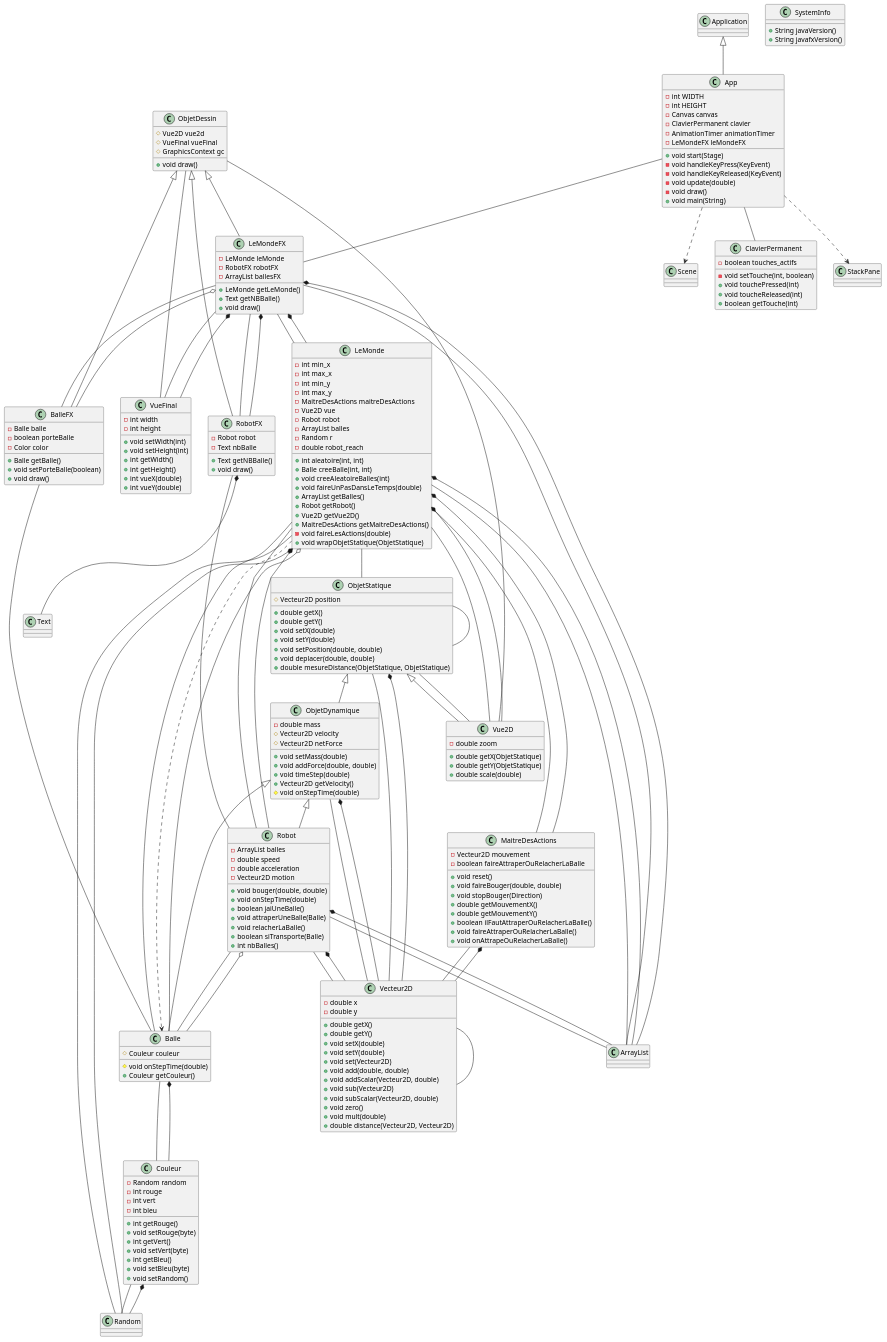
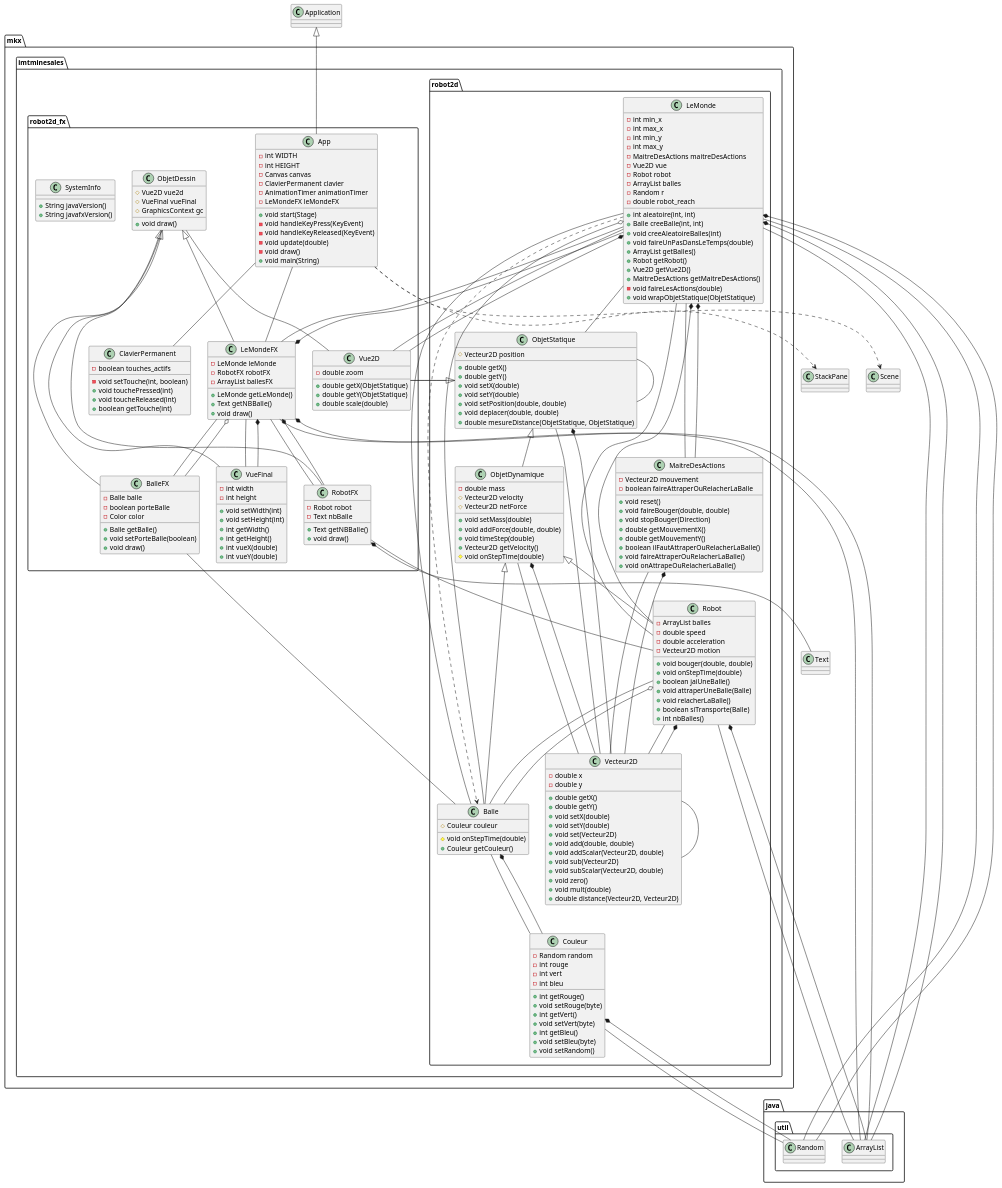
One commit to Numero7-Mojeangering/JavaUMLAnalyser changed the diagram in project_diagram.puml. Above: the diagram before and after it, drawn with PlantUML. The commit also changed 2 other files, not shown here.

```diff
--- a/project_diagram.puml
+++ b/project_diagram.puml
@@ -1,189 +1,197 @@
 @startuml
-class Balle {
- # Couleur couleur
- # void onStepTime(double)
- + Couleur getCouleur()
-}
-class Couleur {
- - Random random
- - int rouge
- - int vert
- - int bleu
- + int getRouge()
- + void setRouge(byte)
- + int getVert()
- + void setVert(byte)
- + int getBleu()
- + void setBleu(byte)
- + void setRandom()
-}
-class LeMonde {
- - int min_x
- - int max_x
- - int min_y
- - int max_y
- - MaitreDesActions maitreDesActions
- - Vue2D vue
- - Robot robot
- - ArrayList balles
- - Random r
- - double robot_reach
- + int aleatoire(int, int)
- + Balle creeBalle(int, int)
- + void creeAleatoireBalles(int)
- + void faireUnPasDansLeTemps(double)
- + ArrayList getBalles()
- + Robot getRobot()
- + Vue2D getVue2D()
- + MaitreDesActions getMaitreDesActions()
- - void faireLesActions(double)
- + void wrapObjetStatique(ObjetStatique)
-}
-class MaitreDesActions {
- - Vecteur2D mouvement
- - boolean faireAttraperOuRelacherLaBalle
- + void reset()
- + void faireBouger(double, double)
- + void stopBouger(Direction)
- + double getMouvementX()
- + double getMouvementY()
- + boolean ilFautAttraperOuRelacherLaBalle()
- + void faireAttraperOuRelacherLaBalle()
- + void onAttrapeOuRelacherLaBalle()
-}
-class ObjetDynamique {
- - double mass
- # Vecteur2D velocity
- # Vecteur2D netForce
- + void setMass(double)
- + void addForce(double, double)
- + void timeStep(double)
- + Vecteur2D getVelocity()
- # void onStepTime(double)
-}
-class ObjetStatique {
- # Vecteur2D position
- + double getX()
- + double getY()
- + void setX(double)
- + void setY(double)
- + void setPosition(double, double)
- + void deplacer(double, double)
- + double mesureDistance(ObjetStatique, ObjetStatique)
-}
-class Robot {
- - ArrayList balles
- - double speed
- - double acceleration
- - Vecteur2D motion
- + void bouger(double, double)
- + void onStepTime(double)
- + boolean jaiUneBalle()
- + void attraperUneBalle(Balle)
- + void relacherLaBalle()
- + boolean siTransporte(Balle)
- + int nbBalles()
-}
-class Vecteur2D {
- - double x
- - double y
- + double getX()
- + double getY()
- + void setX(double)
- + void setY(double)
- + void set(Vecteur2D)
- + void add(double, double)
- + void addScalar(Vecteur2D, double)
- + void sub(Vecteur2D)
- + void subScalar(Vecteur2D, double)
- + void zero()
- + void mult(double)
- + double distance(Vecteur2D, Vecteur2D)
-}
-class ArrayList {
-}
-class Random {
-}
-class Vue2D {
- - double zoom
- + double getX(ObjetStatique)
- + double getY(ObjetStatique)
- + double scale(double)
-}
-class App {
- - int WIDTH
- - int HEIGHT
- - Canvas canvas
- - ClavierPermanent clavier
- - AnimationTimer animationTimer
- - LeMondeFX leMondeFX
- + void start(Stage)
- - void handleKeyPress(KeyEvent)
- - void handleKeyReleased(KeyEvent)
- - void update(double)
- - void draw()
- + void main(String)
-}
-class BalleFX {
- - Balle balle
- - boolean porteBalle
- - Color color
- + Balle getBalle()
- + void setPorteBalle(boolean)
- + void draw()
-}
-class ClavierPermanent {
- - boolean touches_actifs
- - void setTouche(int, boolean)
- + void touchePressed(int)
- + void toucheReleased(int)
- + boolean getTouche(int)
-}
-class LeMondeFX {
- - LeMonde leMonde
- - RobotFX robotFX
- - ArrayList ballesFX
- + LeMonde getLeMonde()
- + Text getNBBalle()
- + void draw()
-}
-class ObjetDessin {
- # Vue2D vue2d
- # VueFinal vueFinal
- # GraphicsContext gc
- + void draw()
-}
-class RobotFX {
- - Robot robot
- - Text nbBalle
- + Text getNBBalle()
- + void draw()
-}
-class SystemInfo {
- + String javaVersion()
- + String javafxVersion()
-}
-class VueFinal {
- - int width
- - int height
- + void setWidth(int)
- + void setHeight(int)
- + int getWidth()
- + int getHeight()
- + int vueX(double)
- + int vueY(double)
-}
+package mkx.imtminesales.robot2d {
+ class Balle {
+  # Couleur couleur
+  # void onStepTime(double)
+  + Couleur getCouleur()
+ }
+ class Couleur {
+  - Random random
+  - int rouge
+  - int vert
+  - int bleu
+  + int getRouge()
+  + void setRouge(byte)
+  + int getVert()
+  + void setVert(byte)
+  + int getBleu()
+  + void setBleu(byte)
+  + void setRandom()
+ }
+ class LeMonde {
+  - int min_x
+  - int max_x
+  - int min_y
+  - int max_y
+  - MaitreDesActions maitreDesActions
+  - Vue2D vue
+  - Robot robot
+  - ArrayList balles
+  - Random r
+  - double robot_reach
+  + int aleatoire(int, int)
+  + Balle creeBalle(int, int)
+  + void creeAleatoireBalles(int)
+  + void faireUnPasDansLeTemps(double)
+  + ArrayList getBalles()
+  + Robot getRobot()
+  + Vue2D getVue2D()
+  + MaitreDesActions getMaitreDesActions()
+  - void faireLesActions(double)
+  + void wrapObjetStatique(ObjetStatique)
+ }
+ class MaitreDesActions {
+  - Vecteur2D mouvement
+  - boolean faireAttraperOuRelacherLaBalle
+  + void reset()
+  + void faireBouger(double, double)
+  + void stopBouger(Direction)
+  + double getMouvementX()
+  + double getMouvementY()
+  + boolean ilFautAttraperOuRelacherLaBalle()
+  + void faireAttraperOuRelacherLaBalle()
+  + void onAttrapeOuRelacherLaBalle()
+ }
+ class ObjetDynamique {
+  - double mass
+  # Vecteur2D velocity
+  # Vecteur2D netForce
+  + void setMass(double)
+  + void addForce(double, double)
+  + void timeStep(double)
+  + Vecteur2D getVelocity()
+  # void onStepTime(double)
+ }
+ class ObjetStatique {
+  # Vecteur2D position
+  + double getX()
+  + double getY()
+  + void setX(double)
+  + void setY(double)
+  + void setPosition(double, double)
+  + void deplacer(double, double)
+  + double mesureDistance(ObjetStatique, ObjetStatique)
+ }
+ class Robot {
+  - ArrayList balles
+  - double speed
+  - double acceleration
+  - Vecteur2D motion
+  + void bouger(double, double)
+  + void onStepTime(double)
+  + boolean jaiUneBalle()
+  + void attraperUneBalle(Balle)
+  + void relacherLaBalle()
+  + boolean siTransporte(Balle)
+  + int nbBalles()
+ }
+ class Vecteur2D {
+  - double x
+  - double y
+  + double getX()
+  + double getY()
+  + void setX(double)
+  + void setY(double)
+  + void set(Vecteur2D)
+  + void add(double, double)
+  + void addScalar(Vecteur2D, double)
+  + void sub(Vecteur2D)
+  + void subScalar(Vecteur2D, double)
+  + void zero()
+  + void mult(double)
+  + double distance(Vecteur2D, Vecteur2D)
+ }
+ }
+package java.util {
+ class ArrayList {
+ }
+ class Random {
+ }
+ }
+package mkx.imtminesales.robot2d_fx {
+ class Vue2D {
+ }
+ class App {
+  - int WIDTH
+  - int HEIGHT
+  - Canvas canvas
+  - ClavierPermanent clavier
+  - AnimationTimer animationTimer
+  - LeMondeFX leMondeFX
+  + void start(Stage)
+  - void handleKeyPress(KeyEvent)
+  - void handleKeyReleased(KeyEvent)
+  - void update(double)
+  - void draw()
+  + void main(String)
+ }
+ class BalleFX {
+  - Balle balle
+  - boolean porteBalle
+  - Color color
+  + Balle getBalle()
+  + void setPorteBalle(boolean)
+  + void draw()
+ }
+ class ClavierPermanent {
+  - boolean touches_actifs
+  - void setTouche(int, boolean)
+  + void touchePressed(int)
+  + void toucheReleased(int)
+  + boolean getTouche(int)
+ }
+ class LeMondeFX {
+  - LeMonde leMonde
+  - RobotFX robotFX
+  - ArrayList ballesFX
+  + LeMonde getLeMonde()
+  + Text getNBBalle()
+  + void draw()
+ }
+ class ObjetDessin {
+  # Vue2D vue2d
+  # VueFinal vueFinal
+  # GraphicsContext gc
+  + void draw()
+ }
+ class RobotFX {
+  - Robot robot
+  - Text nbBalle
+  + Text getNBBalle()
+  + void draw()
+ }
+ class SystemInfo {
+  + String javaVersion()
+  + String javafxVersion()
+ }
+ class Vue2D {
+  - double zoom
+  + double getX(ObjetStatique)
+  + double getY(ObjetStatique)
+  + double scale(double)
+ }
+ class VueFinal {
+  - int width
+  - int height
+  + void setWidth(int)
+  + void setHeight(int)
+  + int getWidth()
+  + int getHeight()
+  + int vueX(double)
+  + int vueY(double)
+ }
+ }
 ObjetDynamique <|-- Balle
 Balle -- Couleur
 Balle *-- Couleur
 Couleur -- Random
 Couleur *-- Random
+LeMonde -- Vue2D
 LeMonde -- Random
-LeMonde -- Vue2D
+LeMonde -- MaitreDesActions
 LeMonde -- ArrayList
 LeMonde -- Robot
 LeMonde -- Balle
-LeMonde -- MaitreDesActions
 LeMonde -- ObjetStatique
 LeMonde ..> Balle
 LeMonde o-- Balle
@@ -201,36 +209,36 @@
 ObjetStatique *-- Vecteur2D
 ObjetStatique -- ObjetStatique
 ObjetDynamique <|-- Robot
+Robot -- ArrayList
 Robot -- Balle
 Robot -- Vecteur2D
-Robot -- ArrayList
 Robot o-- Balle
 Robot *-- ArrayList
 Robot *-- Vecteur2D
 Vecteur2D -- Vecteur2D
-ObjetStatique <|-- Vue2D
-Vue2D -- ObjetStatique
 Application <|-- App
+App -- ClavierPermanent
 App -- LeMondeFX
-App -- ClavierPermanent
 App ..> StackPane
 App ..> Scene
 ObjetDessin <|-- BalleFX
 BalleFX -- Balle
 ObjetDessin <|-- LeMondeFX
 LeMondeFX -- ArrayList
+LeMondeFX -- RobotFX
 LeMondeFX -- BalleFX
 LeMondeFX -- LeMonde
-LeMondeFX -- RobotFX
 LeMondeFX -- VueFinal
 LeMondeFX o-- BalleFX
 LeMondeFX *-- LeMonde
 LeMondeFX *-- RobotFX
 LeMondeFX *-- ArrayList
 LeMondeFX *-- VueFinal
+ObjetDessin -- Vue2D
 ObjetDessin -- VueFinal
-ObjetDessin -- Vue2D
 ObjetDessin <|-- RobotFX
 RobotFX -- Robot
 RobotFX *-- Text
+ObjetStatique <|-- Vue2D
+Vue2D -- ObjetStatique
 @enduml
```
